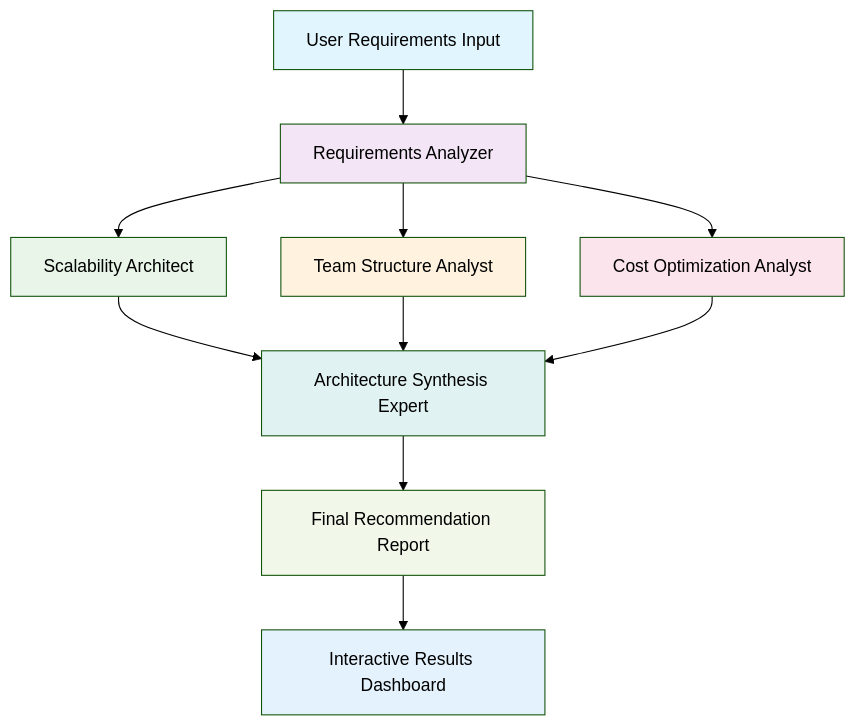
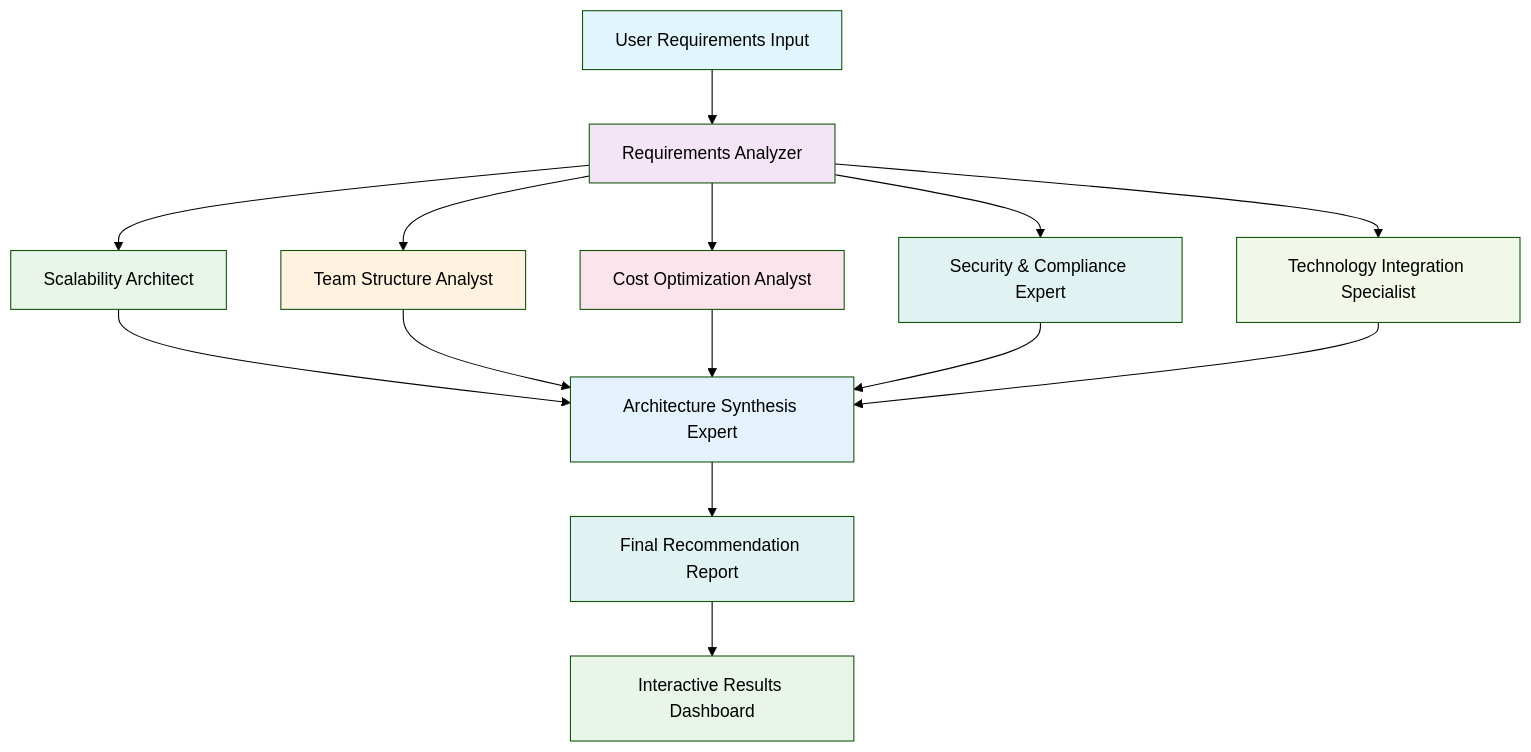
One commit to sam4410/AI-Powered-architecture-recommendation changed the diagram in README.md. Above: the diagram before and after it, drawn with Mermaid (forest theme).

````diff
--- a/README.md
+++ b/README.md
@@ -36,23 +36,29 @@
 ```mermaid
 graph TD
     A[User Requirements Input] --> B[Requirements Analyzer]
     B --> C[Scalability Architect]
     B --> D[Team Structure Analyst]
     B --> E[Cost Optimization Analyst]
+    B --> F[Security & Compliance Expert]
+    B --> G[Technology Integration Specialist]
+
+    C --> H[Architecture Synthesis Expert]
+    D --> H
+    E --> H
+    F --> H
+    G --> H
     
-    C --> F[Architecture Synthesis Expert]
-    D --> F
-    E --> F
-    
-    F --> G[Final Recommendation Report]
-    G --> H[Interactive Results Dashboard]
+    H --> I[Final Recommendation Report]
+    I --> J[Interactive Results Dashboard]
     
     style A fill:#e1f5fe
     style B fill:#f3e5f5
     style C fill:#e8f5e8
     style D fill:#fff3e0
     style E fill:#fce4ec
     style F fill:#e0f2f1
     style G fill:#f1f8e9
     style H fill:#e3f2fd
+    style I fill:#e0f2f1
+    style J fill:#e8f5e8
 ```
````
